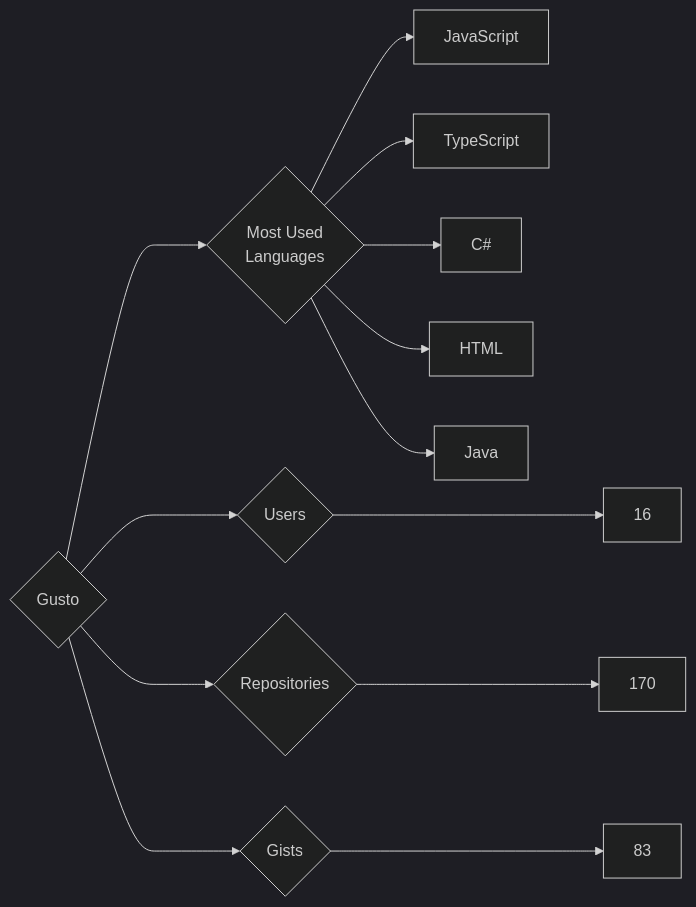
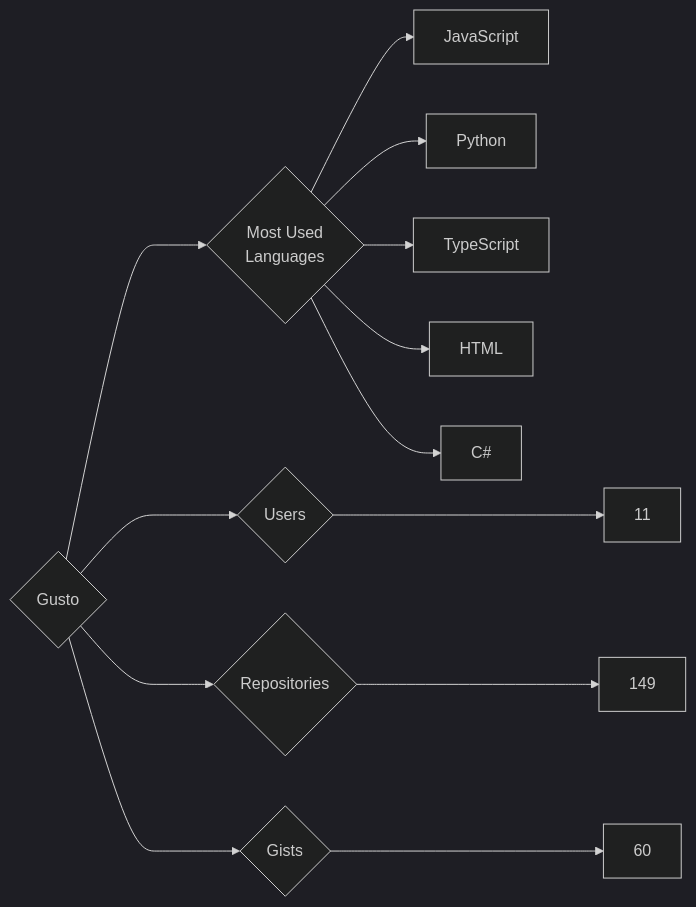
One commit to trickest/insiders changed the diagram in targets/Gusto/README.md. Above: the diagram before and after it, drawn with Mermaid (dark theme). The commit also changed 681 other files, not shown here.

````diff
--- a/targets/Gusto/README.md
+++ b/targets/Gusto/README.md
@@ -3,13 +3,13 @@
 ```mermaid
 graph LR
 COMPANY_NAME{Gusto}
-COMPANY_NAME ---> U{Users} ---> UN[16]
-COMPANY_NAME ---> R{Repositories} ---> RN[170]
-COMPANY_NAME ---> G{Gists} ---> GN[83]
+COMPANY_NAME ---> U{Users} ---> UN[11]
+COMPANY_NAME ---> R{Repositories} ---> RN[149]
+COMPANY_NAME ---> G{Gists} ---> GN[60]
 COMPANY_NAME ---> ML{Most Used<br>Languages}
 ML --> JavaScript[JavaScript]
+ML --> Python[Python]
 ML --> TypeScript[TypeScript]
+ML --> HTML[HTML]
 ML --> C#[C#]
-ML --> HTML[HTML]
-ML --> Java[Java]
 ```
````
